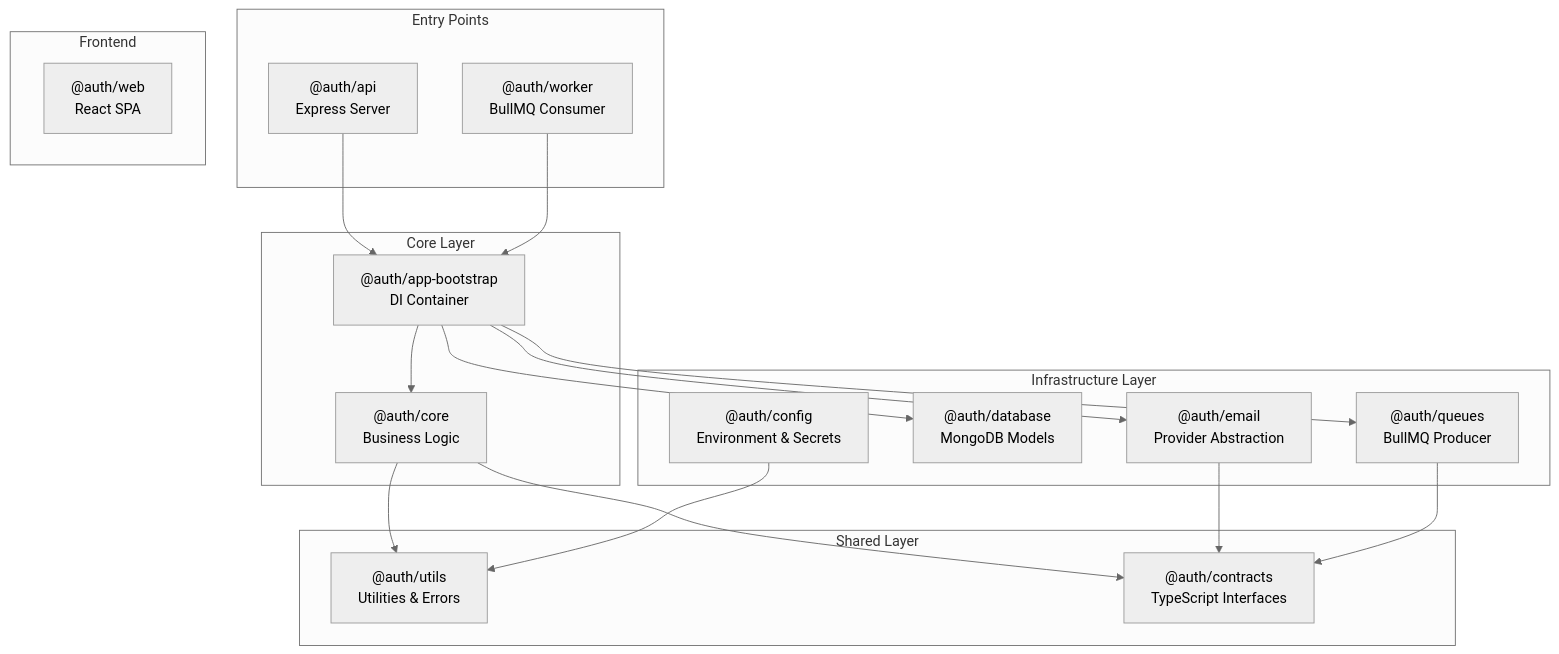
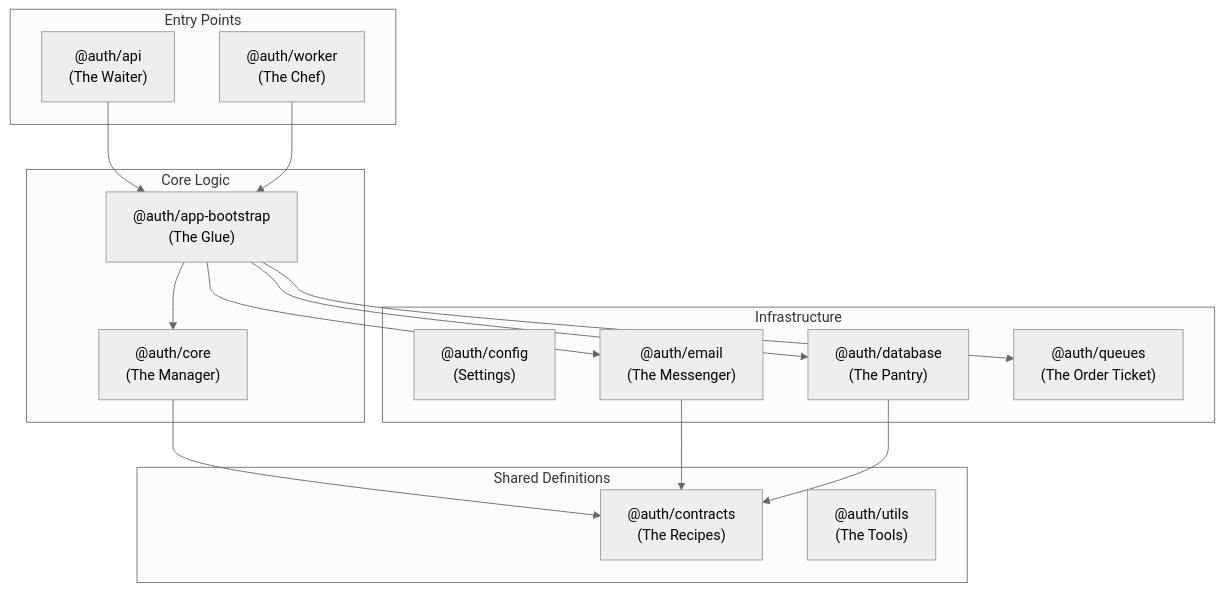
One commit to motinxyz/mern-auth changed the diagram in docs/codebase_explanation_ts.md. Above: the diagram before and after it, drawn with Mermaid (neutral theme). The commit also changed other lines of this file and 13 other files, not shown here.

Commit message:
refactor: centralize HTTP status codes and API response interfaces in `@auth/contracts` and update `@auth/utils` to consume them.

````diff
--- a/docs/codebase_explanation_ts.md
+++ b/docs/codebase_explanation_ts.md
@@ -28,40 +25,35 @@
 ```mermaid
 graph TB
     subgraph "Entry Points"
-        API["@auth/api<br/>Express Server"]
-        Worker["@auth/worker<br/>BullMQ Consumer"]
+        API["@auth/api<br/>(The Waiter)"]
+        Worker["@auth/worker<br/>(The Chef)"]
     end
 
-    subgraph "Core Layer"
-        Bootstrap["@auth/app-bootstrap<br/>DI Container"]
-        Core["@auth/core<br/>Business Logic"]
+    subgraph "Core Logic"
+        Bootstrap["@auth/app-bootstrap<br/>(The Glue)"]
+        Core["@auth/core<br/>(The Manager)"]
     end
 
-    subgraph "Infrastructure Layer"
-        Config["@auth/config<br/>Environment & Secrets"]
-        Database["@auth/database<br/>MongoDB Models"]
-        Email["@auth/email<br/>Provider Abstraction"]
-        Queues["@auth/queues<br/>BullMQ Producer"]
+    subgraph "Infrastructure"
+        Config["@auth/config<br/>(Settings)"]
+        Database["@auth/database<br/>(The Pantry)"]
+        Email["@auth/email<br/>(The Messenger)"]
+        Queues["@auth/queues<br/>(The Order Ticket)"]
     end
 
-    subgraph "Shared Layer"
-        Utils["@auth/utils<br/>Utilities & Errors"]
-        Contracts["@auth/contracts<br/>TypeScript Interfaces"]
-    end
-
-    subgraph "Frontend"
-        Web["@auth/web<br/>React SPA"]
+    subgraph "Shared Definitions"
+        Contracts["@auth/contracts<br/>(The Recipes)"]
+        Utils["@auth/utils<br/>(The Tools)"]
     end
 
     API --> Bootstrap
     Worker --> Bootstrap
     Bootstrap --> Core
     Bootstrap --> Database
     Bootstrap --> Email
     Bootstrap --> Queues
-    Core --> Utils
+    
     Core --> Contracts
     Email --> Contracts
-    Queues --> Contracts
-    Config --> Utils
+    Database --> Contracts
 ```
````
